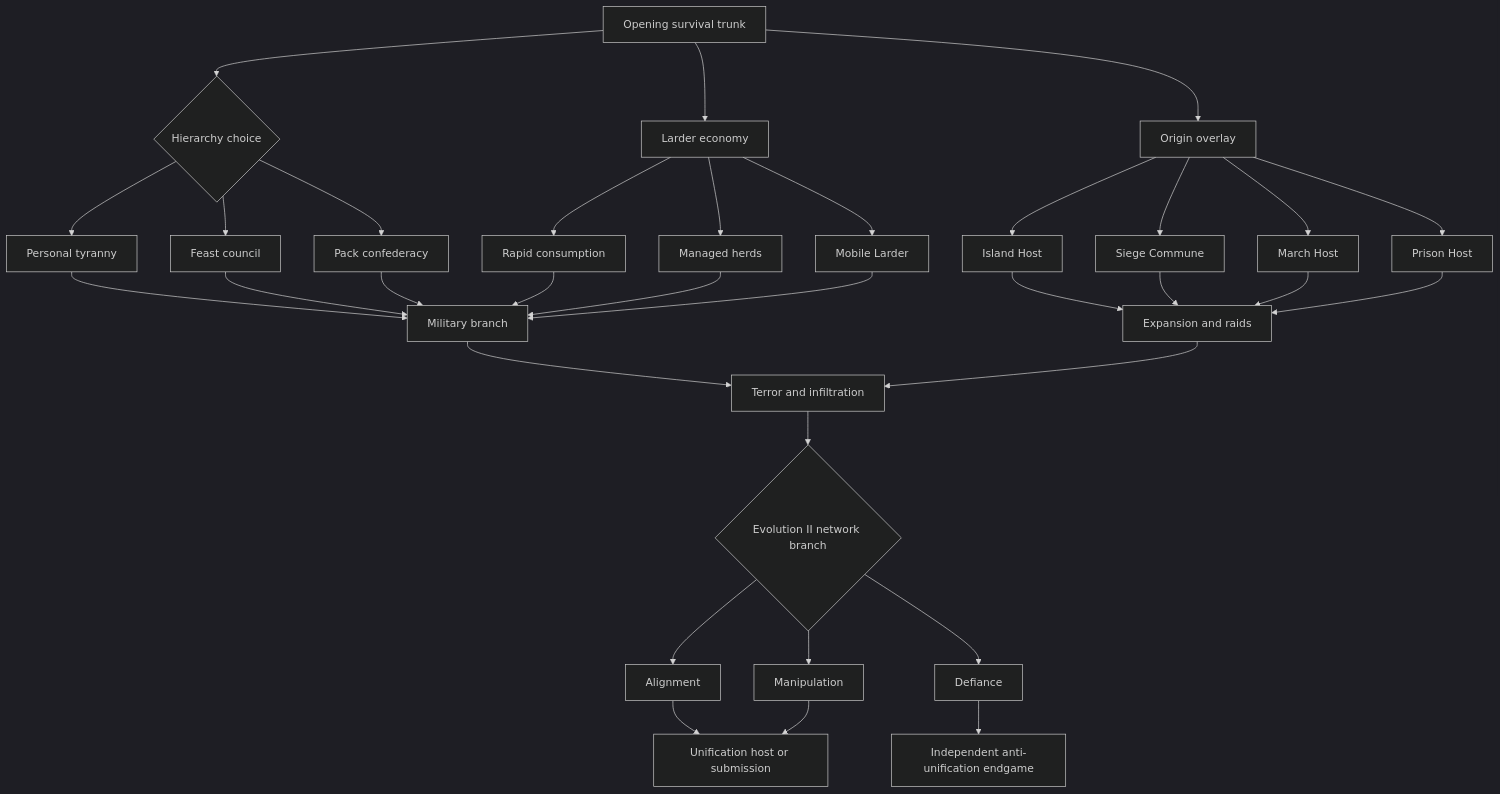
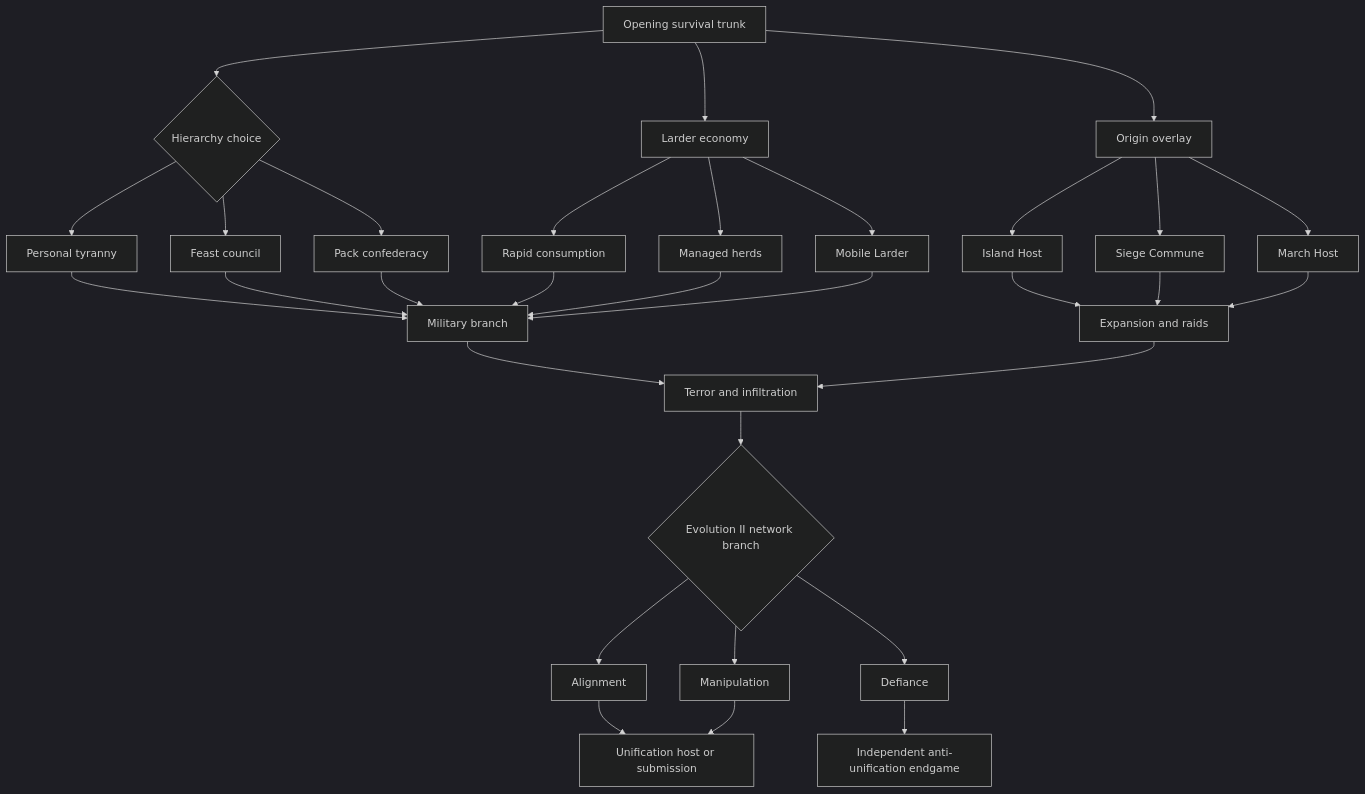
Before and after one commit to klimPaskov/Chaos-Redux: the diagram in docs/specs/014_cannibalism_specs/focus_graphs/local_warlord_focus_architecture.mmd, drawn with Mermaid (dark theme). The commit also changed 3743 other files, not shown here.

```diff
--- a/docs/specs/014_cannibalism_specs/focus_graphs/local_warlord_focus_architecture.mmd
+++ b/docs/specs/014_cannibalism_specs/focus_graphs/local_warlord_focus_architecture.mmd
@@ -1,33 +1,31 @@
 flowchart TD
     A[Opening survival trunk] --> B{Hierarchy choice}
     A --> C[Larder economy]
     A --> D[Origin overlay]
     B --> B1[Personal tyranny]
     B --> B2[Feast council]
     B --> B3[Pack confederacy]
     C --> C1[Rapid consumption]
     C --> C2[Managed herds]
     C --> C3[Mobile Larder]
     D --> D1[Island Host]
     D --> D2[Siege Commune]
     D --> D3[March Host]
-    D --> D4[Prison Host]
     B1 --> E[Military branch]
     B2 --> E
     B3 --> E
     C1 --> E
     C2 --> E
     C3 --> E
     D1 --> F[Expansion and raids]
     D2 --> F
     D3 --> F
-    D4 --> F
     E --> G[Terror and infiltration]
     F --> G
     G --> H{Evolution II network branch}
     H --> H1[Alignment]
     H --> H2[Manipulation]
     H --> H3[Defiance]
     H1 --> I[Unification host or submission]
     H2 --> I
     H3 --> J[Independent anti-unification endgame]
```
